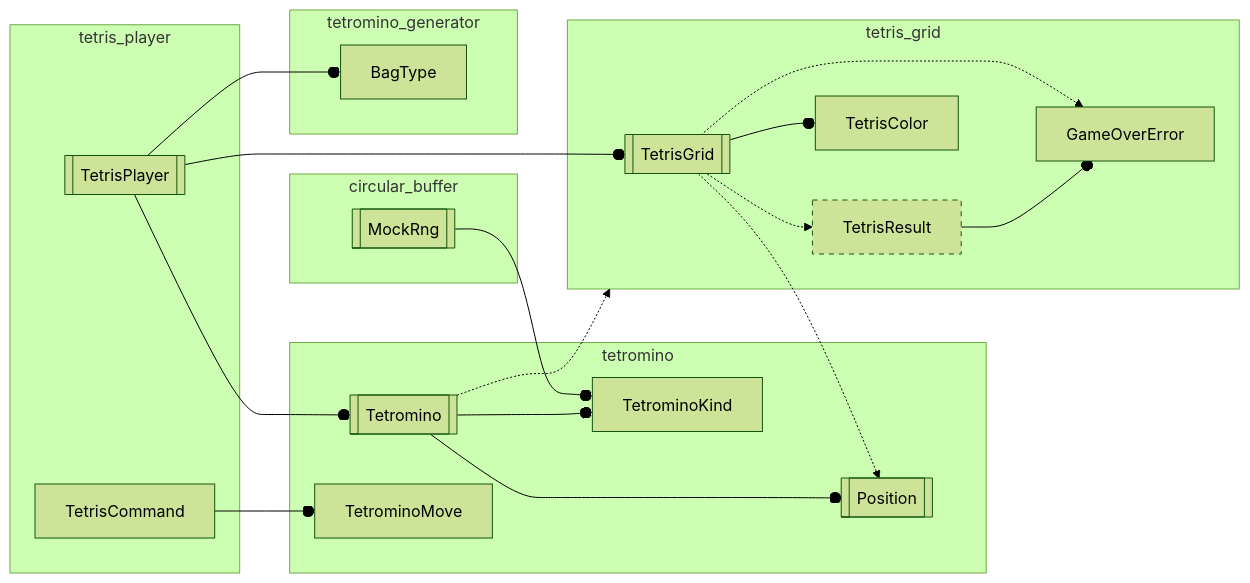
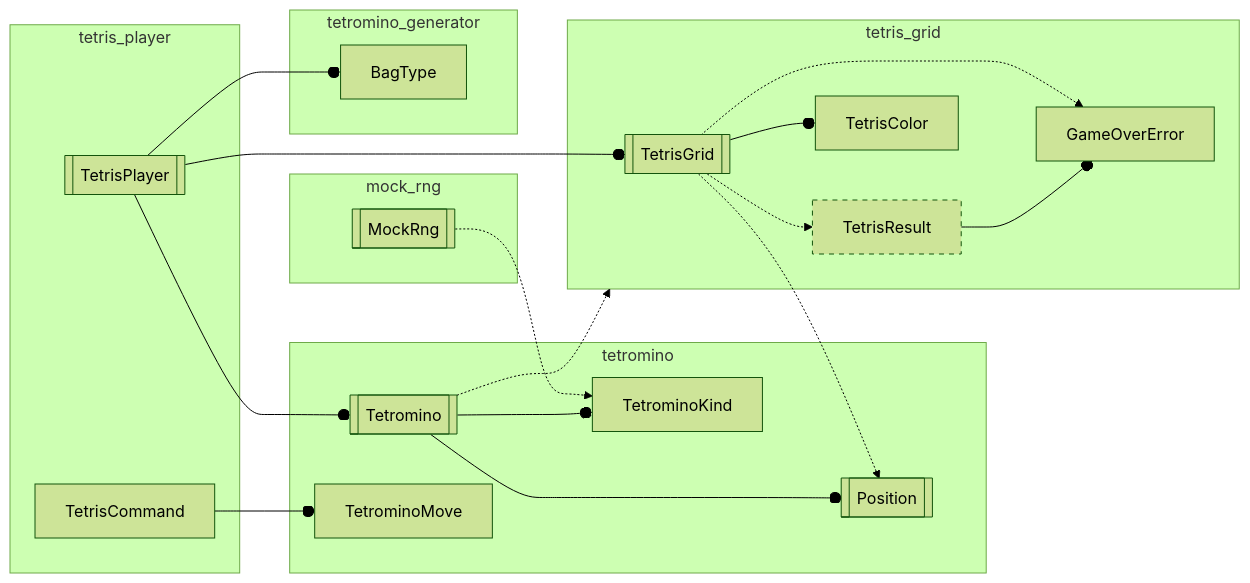
Before and after one commit to inesvar/tetris: the diagram in core_tetris/src/core_tetris.mmd, drawn with Mermaid (forest theme). The commit also changed 10 other files, not shown here.

Commit message:
Use an external rng for garbage generation, extend MockRng for this purpose

```diff
--- a/core_tetris/src/core_tetris.mmd
+++ b/core_tetris/src/core_tetris.mmd
@@ -1,50 +1,50 @@
 graph LR
     %% objects
     BagType[BagType]
     TetrisGrid[[TetrisGrid]]
     GameOverError[GameOverError]
     TetrisResult[TetrisResult]
     Tetromino[[Tetromino]]
     Position[[Position]]
     TetrisColor[TetrisColor]
     TetrisPlayer[[TetrisPlayer]]
     TetrisCommand[TetrisCommand]
     TetrominoKind[TetrominoKind]
     MockRng[[MockRng]]
     TetrominoMove[TetrominoMove]
 
     subgraph tetris_player
         TetrisPlayer
         TetrisCommand
     end
     TetrisPlayer --o TetrisGrid
     TetrisPlayer --o Tetromino
     TetrisPlayer --o BagType
 
-    subgraph circular_buffer
+    subgraph mock_rng
         MockRng
     end
-    MockRng --o TetrominoKind
+    MockRng -.-> TetrominoKind
     Tetromino -.-> tetris_grid
     TetrisGrid -.-> Position
 
 
     subgraph tetromino
         Tetromino --o Position
         Tetromino --o TetrominoKind
         TetrominoMove
     end
     TetrisCommand --o TetrominoMove
 
     subgraph tetromino_generator
         BagType
     end
 
     subgraph tetris_grid
         TetrisGrid -.-> GameOverError
         TetrisGrid -.-> TetrisResult
         TetrisResult --o GameOverError
         TetrisGrid --o TetrisColor
     end
 
     style TetrisResult stroke-dasharray: 5 5;
```
